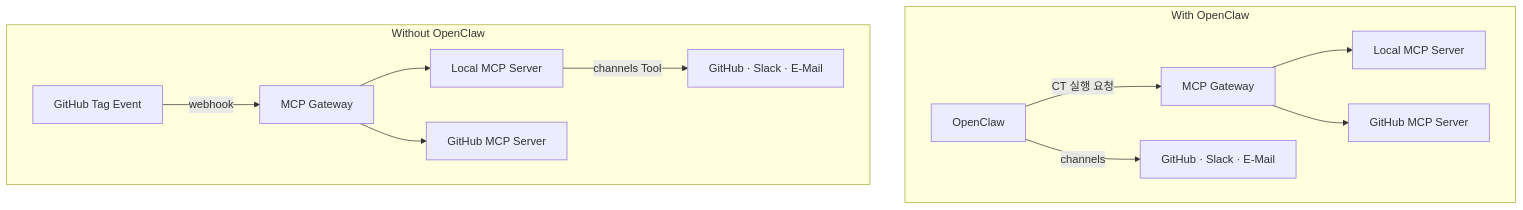
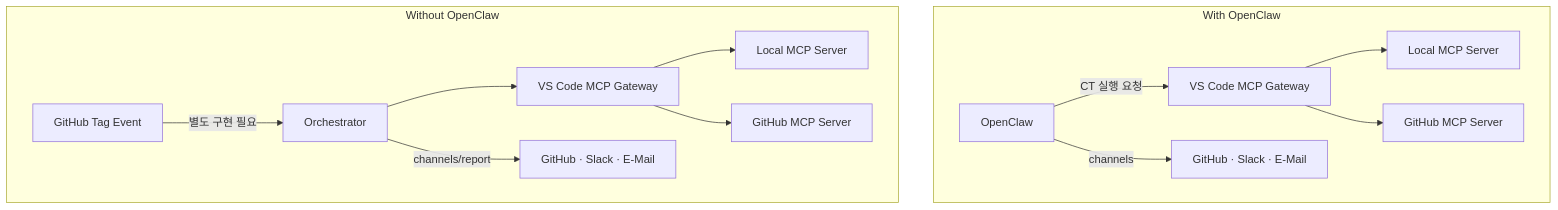
The second of 2 diagrams in docs/mcp/mcp_gateway.md (JeonghunLee/local-ai-agent-mcp), drawn with Mermaid before and after one commit. The commit also changed other lines of this file and 1 other file, not shown here.

````diff
--- a/docs/mcp/mcp_gateway.md
+++ b/docs/mcp/mcp_gateway.md
@@ -179,16 +199,17 @@
 ```mermaid
 flowchart TD
     subgraph With OpenClaw
-        OC[OpenClaw] -->|CT 실행 요청| GW1[MCP Gateway]
+        OC[OpenClaw] -->|CT 실행 요청| GW1[VS Code MCP Gateway]
         GW1 --> L1[Local MCP Server]
         GW1 --> GH1[GitHub MCP Server]
         OC -->|channels| CH[GitHub · Slack · E-Mail]
     end
 
     subgraph Without OpenClaw
-        TAG[GitHub Tag Event] -->|webhook| GW2[MCP Gateway]
+        TAG[GitHub Tag Event] -->|별도 구현 필요| ORCH[Orchestrator]
+        ORCH --> GW2[VS Code MCP Gateway]
         GW2 --> L2[Local MCP Server]
         GW2 --> GH2[GitHub MCP Server]
-        L2 -->|channels Tool| CH2[GitHub · Slack · E-Mail]
+        ORCH -->|channels/report| CH2[GitHub · Slack · E-Mail]
     end
 ```
````
